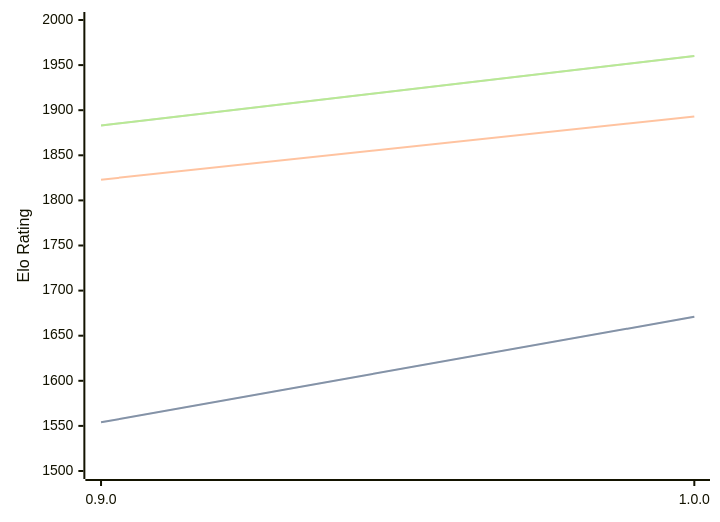
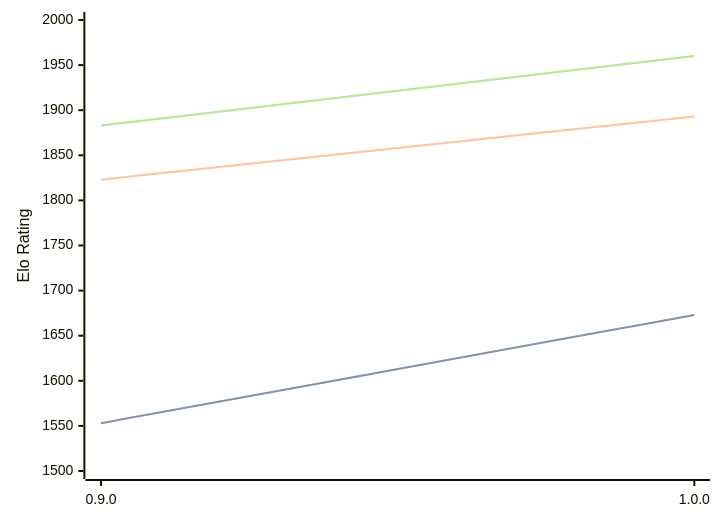
One commit to computer-chess-index/cci changed the diagram in engines/Ratsu.md. Above: the diagram before and after it, drawn with Mermaid. The commit also changed other lines of this file, not shown here.

````diff
--- a/engines/Ratsu.md
+++ b/engines/Ratsu.md
@@ -32,11 +32,11 @@
 ```mermaid
 %%{init: {"theme":"base","themeVariables":{"seriesColors:['#a3a3a3','#222221','#faa371']}}}%%
 xychart-beta
   x-axis ["0.9.0", "1.0.0"]
   y-axis "Elo Rating" 1500 --> 2000
-  line "STC (8.0+0.08s)" [1554, 1671]
-  line "STC (8.0+0.08s)" [1554, 1671]
+  line "STC (8.0+0.08s)" [1553, 1673]
+  line "STC (8.0+0.08s)" [1553, 1673]
   line "LTC (60.0+0.60s)" [1823, 1893]
   line "VLTC (2m24s+1.12s)" [1883, 1960]
   line "VLTC (2m24s+1.12s)" [1883, 1960]
 ```
````
